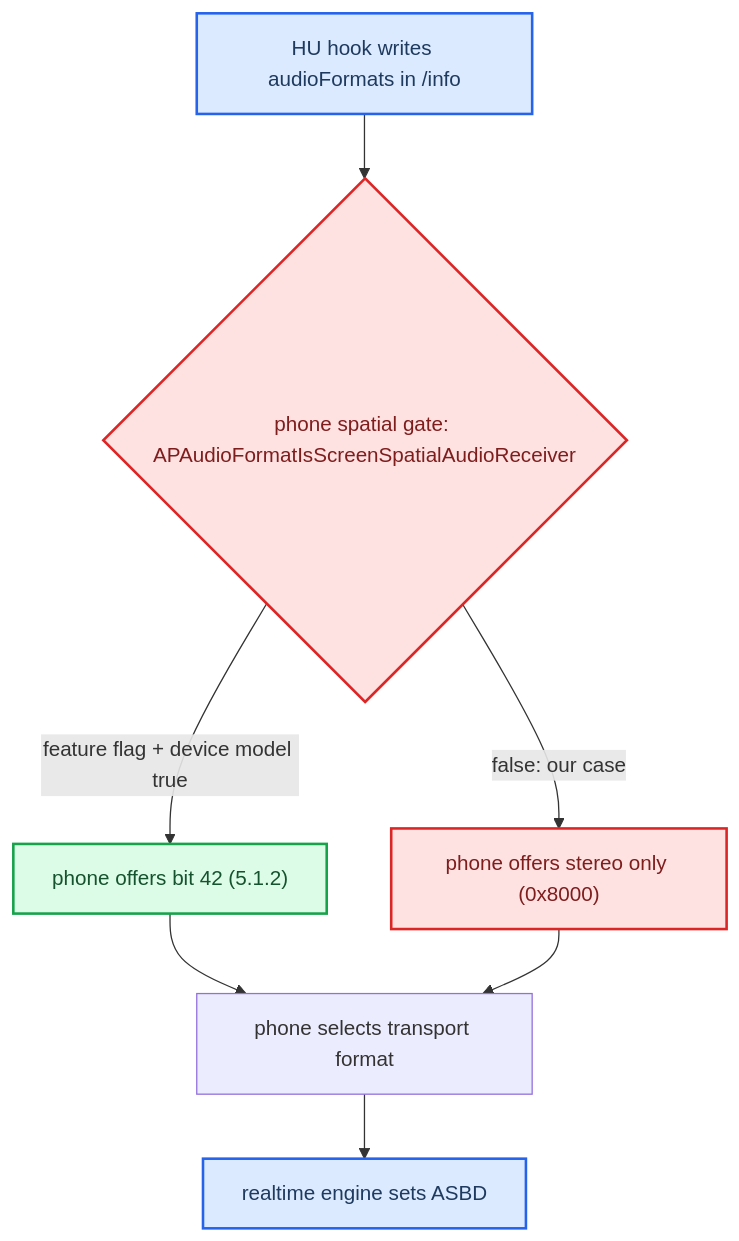
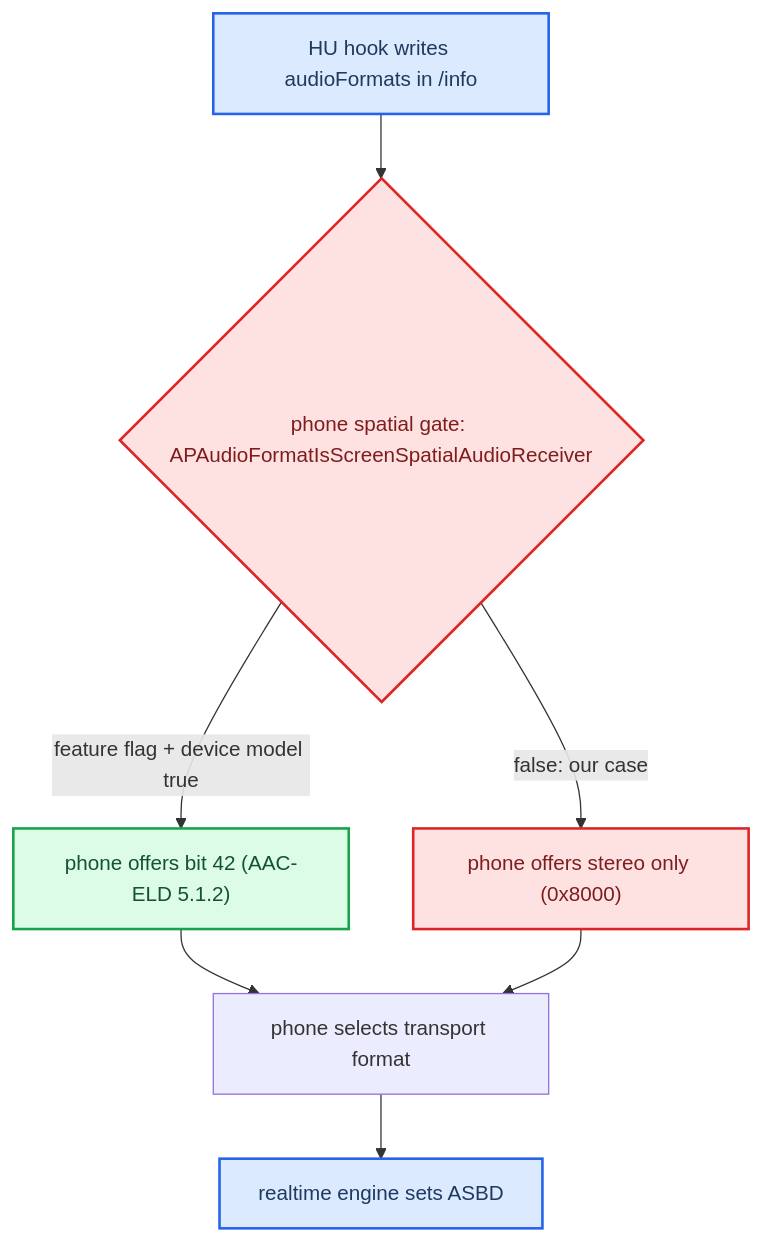
Before and after one commit to luka-dev/mib2q-carplay-rgi: the second of 3 diagrams in docs-obsidian/Reference/iOS CarPlay Spatial Wireformat.md, drawn with Mermaid. The commit also changed other lines of this file and 88 other files, not shown here.

````diff
--- a/docs-obsidian/Reference/iOS CarPlay Spatial Wireformat.md
+++ b/docs-obsidian/Reference/iOS CarPlay Spatial Wireformat.md
@@ -76,23 +132,23 @@
 ```mermaid
 flowchart TB
   accTitle: CarPlay realtime audio format negotiation
   accDescr: HU advertises formats in the audioFormats array, the phone selects, and the phone-side spatial gate decides whether multichannel is even offered.
   hook["HU hook writes audioFormats in /info"]
   gate{"phone spatial gate: APAudioFormatIsScreenSpatialAudioReceiver"}
-  offer_mc["phone offers bit 42 (5.1.2)"]
+  offer_mc["phone offers bit 42 (AAC-ELD 5.1.2)"]
   offer_stereo["phone offers stereo only (0x8000)"]
   select["phone selects transport format"]
   asbd["realtime engine sets ASBD"]
   hook --> gate
   gate -->|feature flag + device model true| offer_mc
   gate -->|false: our case| offer_stereo
   offer_mc --> select
   offer_stereo --> select
   select --> asbd
   class hook,asbd primary
   class offer_stereo,gate danger
   class offer_mc success
   classDef primary fill:#dbeafe,stroke:#2563eb,stroke-width:2px,color:#1e3a5f
   classDef success fill:#dcfce7,stroke:#16a34a,stroke-width:2px,color:#14532d
   classDef danger fill:#fee2e2,stroke:#dc2626,stroke-width:2px,color:#7f1d1d
 ```
````
